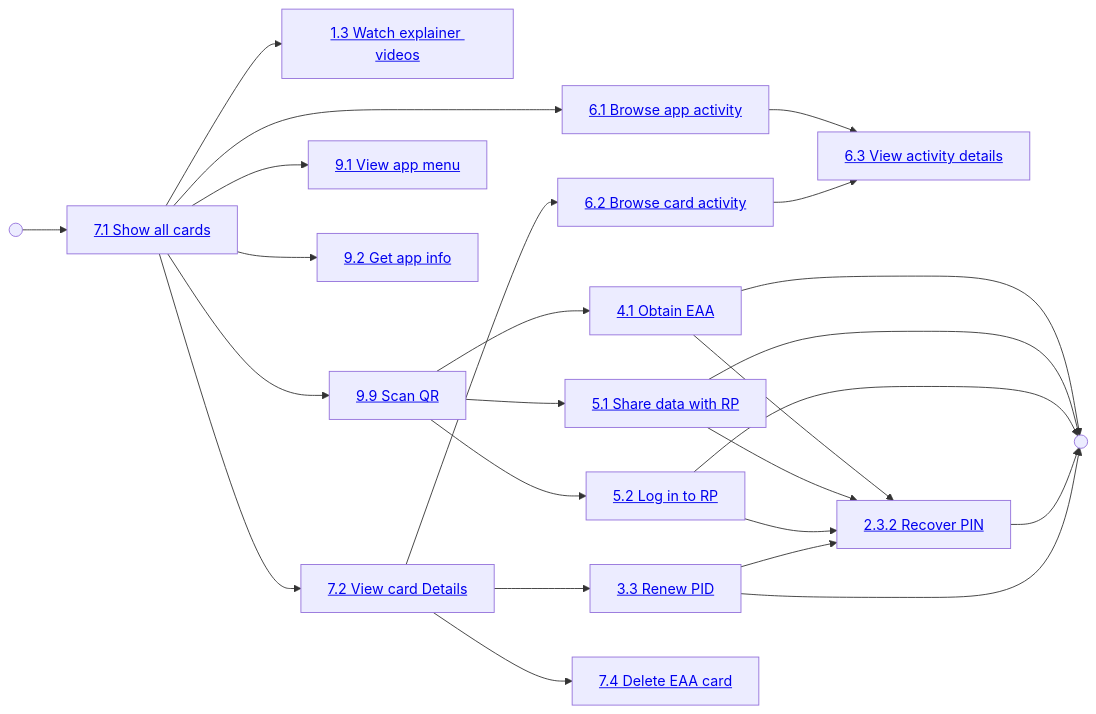
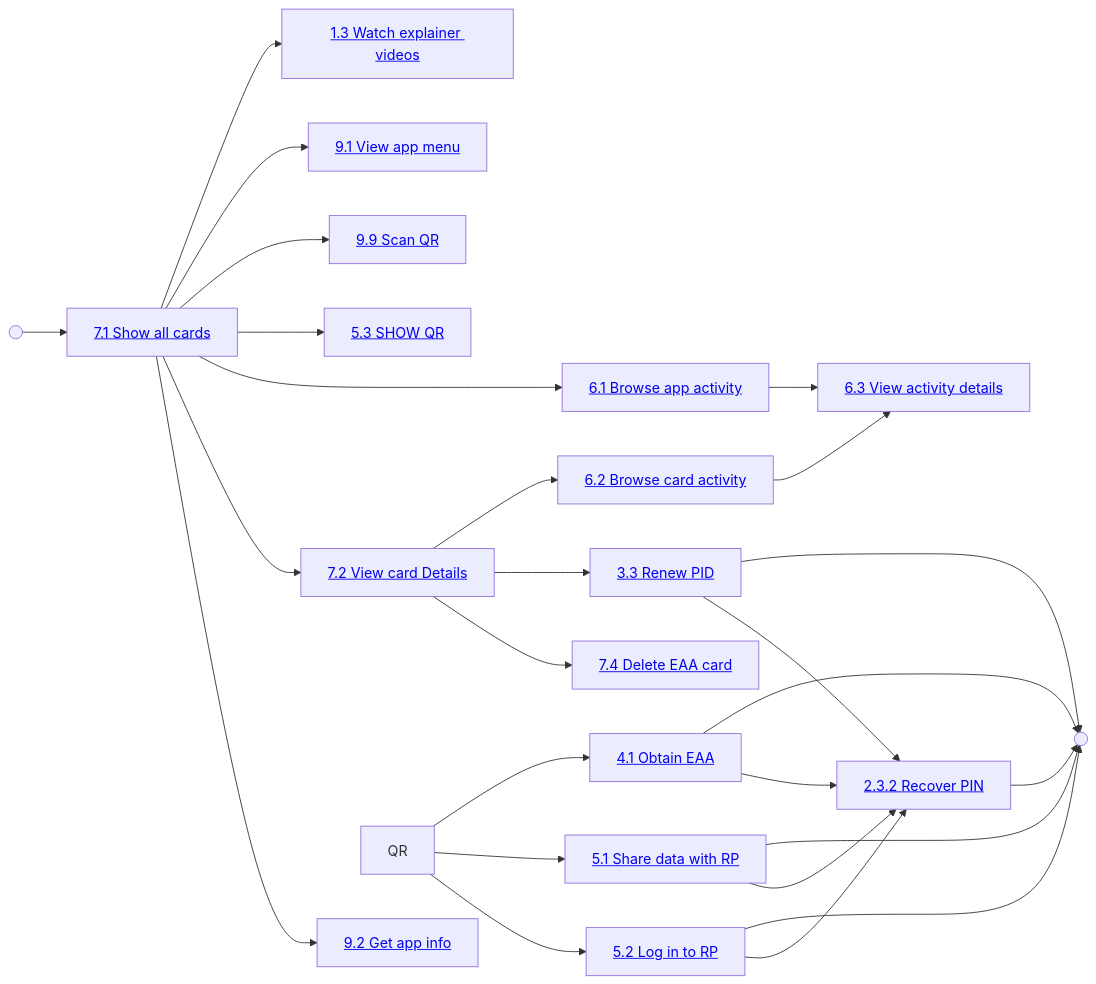
Before and after one commit to MinBZK/nl-wallet: the second of 3 diagrams in wallet_docs/functional-design/use-case-overview.md, drawn with Mermaid. The commit also changed 26 other files, not shown here.

````diff
--- a/wallet_docs/functional-design/use-case-overview.md
+++ b/wallet_docs/functional-design/use-case-overview.md
@@ -61,62 +61,64 @@
 ```{mermaid}
 flowchart LR
 START((" "))
 END((" "))
 APP_TOUR["<a href='use-cases/UC1.3_AppTour.html'>1.3 Watch explainer videos</a>"]
 
 OBTAIN_CARDS["<a href='use-cases/UC4.1_ObtainCardsFromEAAIssuer.html'>4.1 Obtain EAA</a>"]
 
 SHARE["<a href='use-cases/UC5.1_ShareDataWithRP.html'>5.1 Share data with RP</a>"]
 LOGIN["<a href='use-cases/UC5.2_LoginToApplicationOfRP.html'>5.2 Log in to RP</a>"]
 
 ALL_HISTORY["<a href='use-cases/UC6.1_ShowCompleteUsageAndManagementHistory.html'>6.1 Browse app activity</a>"]
 CARD_HISTORY["<a href='use-cases/UC6.2_ShowUsageAndManagementHistoryOfCard.html'>6.2 Browse card activity</a>"]
 HISTORY_EVENT["<a href='use-cases/UC6.3_ShowHistoryEvent.html'>6.3 View activity details</a>"]
 
 ALL_CARDS["<a href='use-cases/UC7.1_ShowAllAvailableCards.html'>7.1 Show all cards</a>"]
 CARD["<a href='use-cases/UC7.2_ShowCardDetails.html'>7.2 View card Details</a>"]
 
 MENU["<a href='use-cases/UC9.1_ShowAppMenu.html'>9.1 View app menu</a>"]
 APP_INFO["<a href='use-cases/UC9.2_GetAppInformation.html'>9.2 Get app info</a>"]
-QR["<a href='use-cases/UC9.9_ScanQR.html'>9.9 Scan QR</a>"]
+SCAN_QR["<a href='use-cases/UC9.9_ScanQR.html'>9.9 Scan QR</a>"]
+SHOW_QR["<a href='use-cases/UC5.3_ShowQR.html'>5.3 SHOW QR</a>"]
 
 RECOVER_PIN["<a href='use-cases/UC2.3.2_RecoverPIN.html'>2.3.2 Recover PIN</a>"]
 RENEW_PID["<a href='use-cases/UC3.2_RenewPid.html'>3.3 Renew PID</a>"]
 DELETE_CARD["<a href='use-cases/UC7.4_DeleteEAACard.html'>7.4 Delete EAA card</a>"]
 
 START --> ALL_CARDS
 
 ALL_CARDS --> APP_TOUR
 ALL_CARDS --> MENU
-ALL_CARDS --> QR
+ALL_CARDS --> SCAN_QR
+ALL_CARDS --> SHOW_QR
 ALL_CARDS --> ALL_HISTORY
 ALL_CARDS --> CARD
 ALL_CARDS --> APP_INFO
 
 OBTAIN_CARDS --> END
 OBTAIN_CARDS --> RECOVER_PIN
 
 SHARE --> END
 SHARE --> RECOVER_PIN
 
 LOGIN --> END
 LOGIN --> RECOVER_PIN
 
 RECOVER_PIN --> END
 
 QR --> OBTAIN_CARDS
 QR --> SHARE
 QR --> LOGIN
 
 ALL_HISTORY --> HISTORY_EVENT
 
 CARD_HISTORY --> HISTORY_EVENT
 
 CARD --> CARD_HISTORY
 CARD --> RENEW_PID
 CARD --> DELETE_CARD
 
 RENEW_PID --> END
 RENEW_PID --> RECOVER_PIN
 
 ```
````
